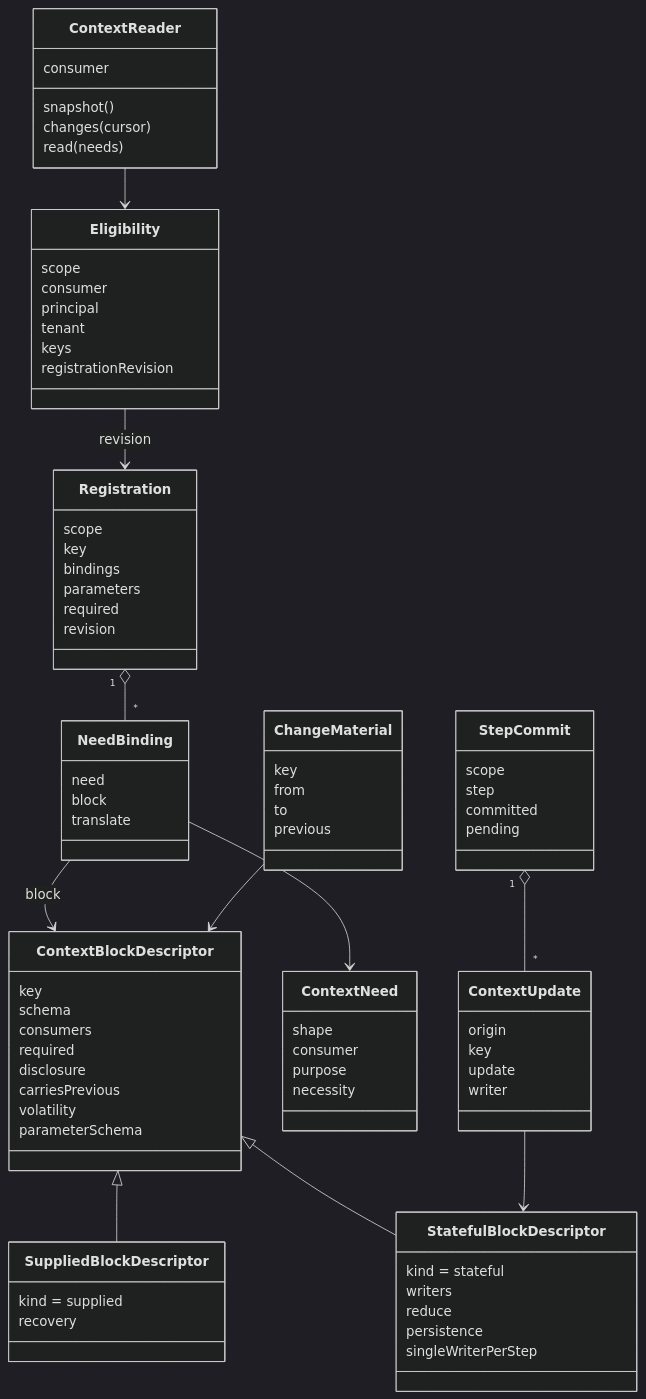
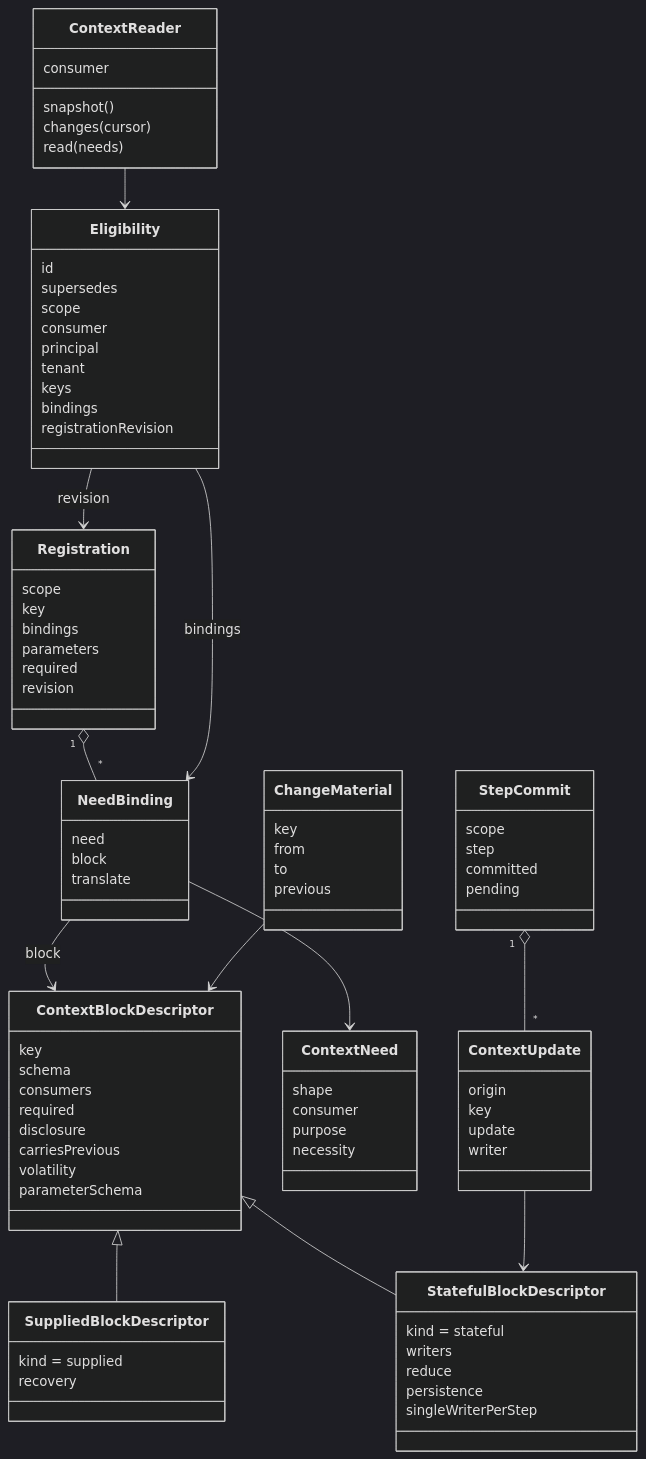
The first of 2 diagrams in packages/context/runtime-context-contract/docs/object-model.md (nemori-ai/omne-harness-lite), drawn with Mermaid (dark theme) before and after one commit. The commit also changed other lines of this file and 43 other files, not shown here.

```diff
--- a/packages/context/runtime-context-contract/docs/object-model.md
+++ b/packages/context/runtime-context-contract/docs/object-model.md
@@ -108,11 +110,14 @@
     revision
   }
   class Eligibility {
+    id
+    supersedes
     scope
     consumer
     principal
     tenant
     keys
+    bindings
     registrationRevision
   }
   class ContextReader {
@@ -145,6 +150,7 @@
   NeedBinding --> ContextBlockDescriptor : block
   Registration "1" o-- "*" NeedBinding
   Eligibility --> Registration : revision
+  Eligibility --> NeedBinding : bindings
   ContextReader --> Eligibility
   ContextUpdate --> StatefulBlockDescriptor
   StepCommit "1" o-- "*" ContextUpdate
```
